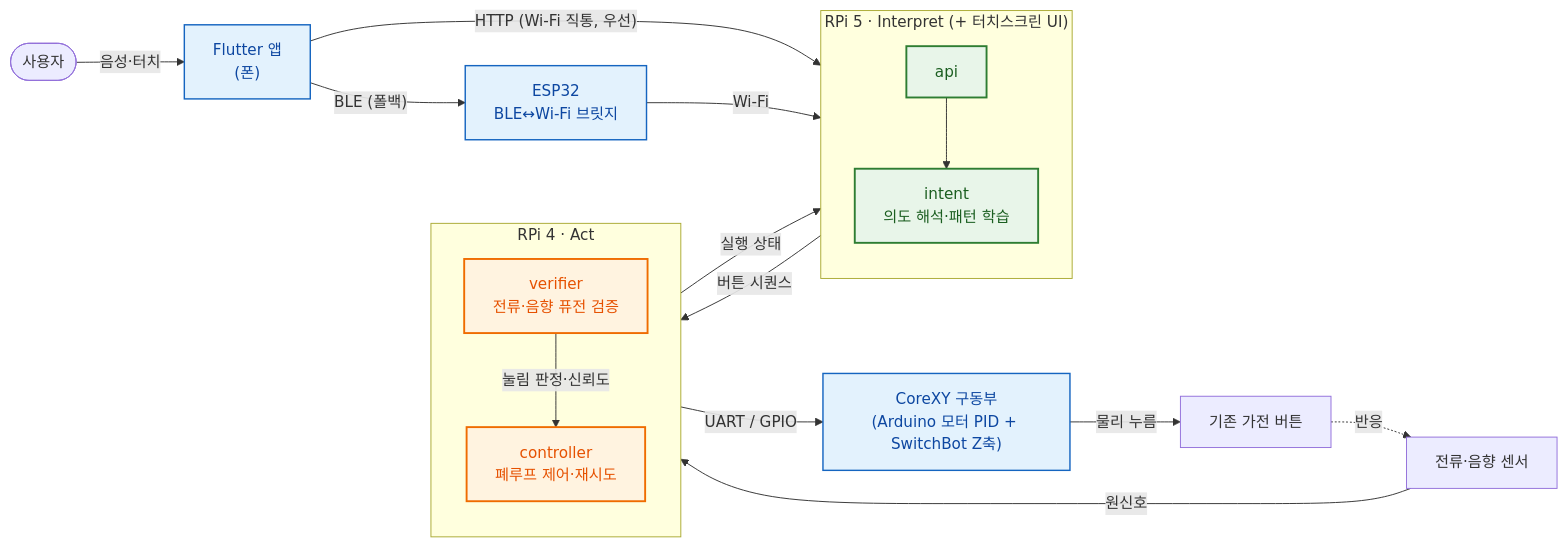
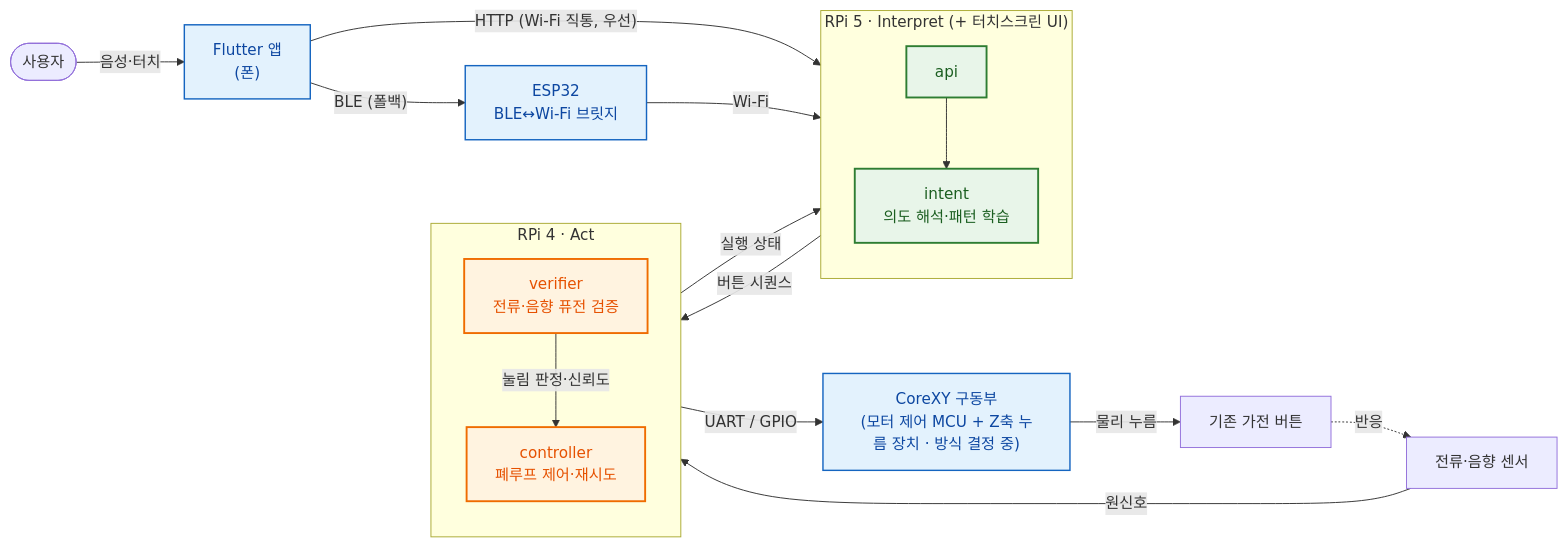
Before and after one commit to Seongwonp/Simplelay: the diagram in README.md, drawn with Mermaid. The commit also changed other lines of this file, not shown here.

````diff
--- a/README.md
+++ b/README.md
@@ -21,43 +25,43 @@
 ```mermaid
 flowchart LR
     user(["사용자"])
     app["Flutter 앱<br/>(폰)"]
     esp32["ESP32<br/>BLE↔Wi-Fi 브릿지"]
 
     subgraph rpi5["RPi 5 · Interpret (+ 터치스크린 UI)"]
         direction TB
         api["api"]
         intent["intent<br/>의도 해석·패턴 학습"]
         api --> intent
     end
 
     subgraph rpi4["RPi 4 · Act"]
         direction TB
         controller["controller<br/>폐루프 제어·재시도"]
         verifier["verifier<br/>전류·음향 퓨전 검증"]
         verifier -->|"눌림 판정·신뢰도"| controller
     end
 
-    hw["CoreXY 구동부<br/>(Arduino 모터 PID + SwitchBot Z축)"]
+    hw["CoreXY 구동부<br/>(모터 제어 MCU + Z축 누름 장치 · 방식 결정 중)"]
     sensors["전류·음향 센서"]
     appliance["기존 가전 버튼"]
 
     user -->|"음성·터치"| app
     app -->|"HTTP (Wi-Fi 직통, 우선)"| api
     app -->|"BLE (폴백)"| esp32
     esp32 -->|"Wi-Fi"| api
 
     intent -->|"버튼 시퀀스"| controller
     controller -->|"실행 상태"| intent
     controller -->|"UART / GPIO"| hw
     hw -->|"물리 누름"| appliance
     appliance -.->|"반응"| sensors
     sensors -->|"원신호"| verifier
 
     classDef rpi5Layer fill:#e8f5e9,stroke:#2e7d32,stroke-width:2px,color:#1b5e20;
     classDef rpi4Layer fill:#fff3e0,stroke:#ef6c00,stroke-width:2px,color:#e65100;
     classDef bridgeLayer fill:#e3f2fd,stroke:#1565c0,stroke-width:1.5px,color:#0d47a1;
     class api,intent rpi5Layer;
     class controller,verifier rpi4Layer;
     class app,esp32,hw bridgeLayer;
 ```
````
